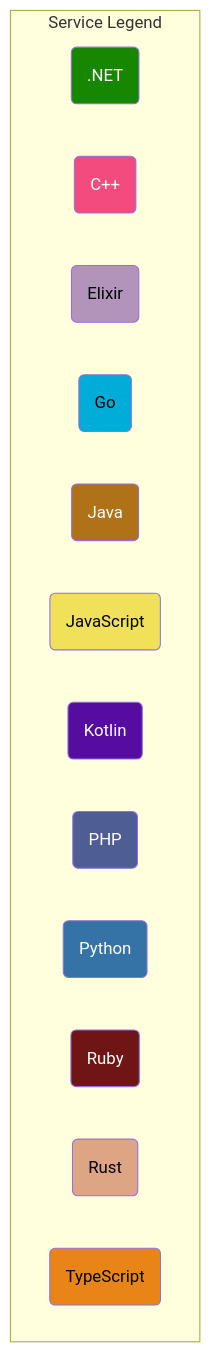
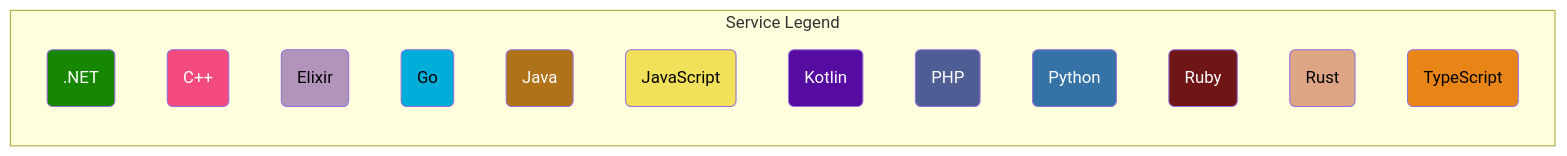
Before and after one commit to open-telemetry/opentelemetry.io: the second of 3 diagrams in content/en/docs/demo/architecture.md, drawn with Mermaid.

Commit message:
Fix Service Legend orientation

````diff
--- a/content/en/docs/demo/architecture.md
+++ b/content/en/docs/demo/architecture.md
@@ -95,30 +95,30 @@
 ```mermaid
-graph TD
+graph LR
 subgraph Service Legend
   dotnetsvc(.NET):::dotnet
   cppsvc(C++):::cpp
   elixirsvc(Elixir):::elixir
   golangsvc(Go):::golang
   javasvc(Java):::java
   javascriptsvc(JavaScript):::javascript
   kotlinsvc(Kotlin):::kotlin
   phpsvc(PHP):::php
   pythonsvc(Python):::python
   rubysvc(Ruby):::ruby
   rustsvc(Rust):::rust
   typescriptsvc(TypeScript):::typescript
 end
 
 classDef dotnet fill:#178600,color:white;
 classDef cpp fill:#f34b7d,color:white;
 classDef elixir fill:#b294bb,color:black;
 classDef golang fill:#00add8,color:black;
 classDef java fill:#b07219,color:white;
 classDef javascript fill:#f1e05a,color:black;
 classDef kotlin fill:#560ba1,color:white;
 classDef php fill:#4f5d95,color:white;
 classDef python fill:#3572A5,color:white;
 classDef ruby fill:#701516,color:white;
 classDef rust fill:#dea584,color:black;
 classDef typescript fill:#e98516,color:black;
 ```
````
